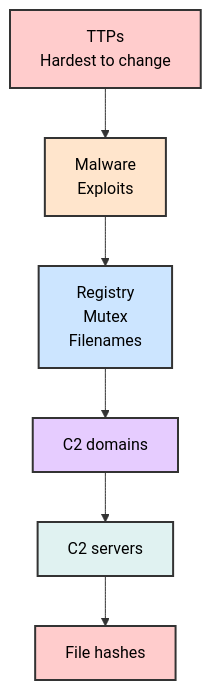
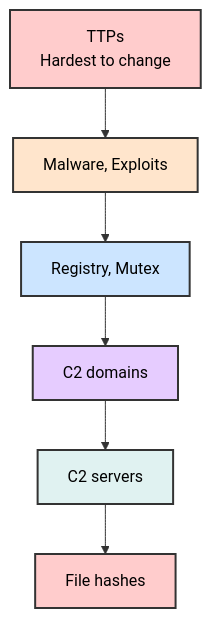
Before and after one commit to manojxshrestha/SOC-Analyst-Cheatsheet: diagram 11 of 29 in 1-Incident-Handling-Process/README.md, drawn with Mermaid.

Commit message:
Fix Pyramid of Pain - simplify node labels to single line each

````diff
--- a/1-Incident-Handling-Process/README.md
+++ b/1-Incident-Handling-Process/README.md
@@ -420,11 +420,11 @@
 ```mermaid
 graph TD
-    A["TTPs<br/>Hardest to change"] --> B["Malware<br/>Exploits"] --> C["Registry<br/>Mutex<br/>Filenames"] --> D["C2 domains"] --> E["C2 servers"] --> F["File hashes"]
+    A["TTPs<br/>Hardest to change"] --> B["Malware, Exploits"] --> C["Registry, Mutex"] --> D["C2 domains"] --> E["C2 servers"] --> F["File hashes"]
     
     style A fill:#ffcccc,stroke:#333,stroke-width:2px,color:#000
     style B fill:#ffe5cc,stroke:#333,stroke-width:2px,color:#000
     style C fill:#cce5ff,stroke:#333,stroke-width:2px,color:#000
     style D fill:#e6ccff,stroke:#333,stroke-width:2px,color:#000
     style E fill:#e0f2f1,stroke:#333,stroke-width:2px,color:#000
     style F fill:#ffcccc,stroke:#333,stroke-width:2px,color:#000
 ```
````
